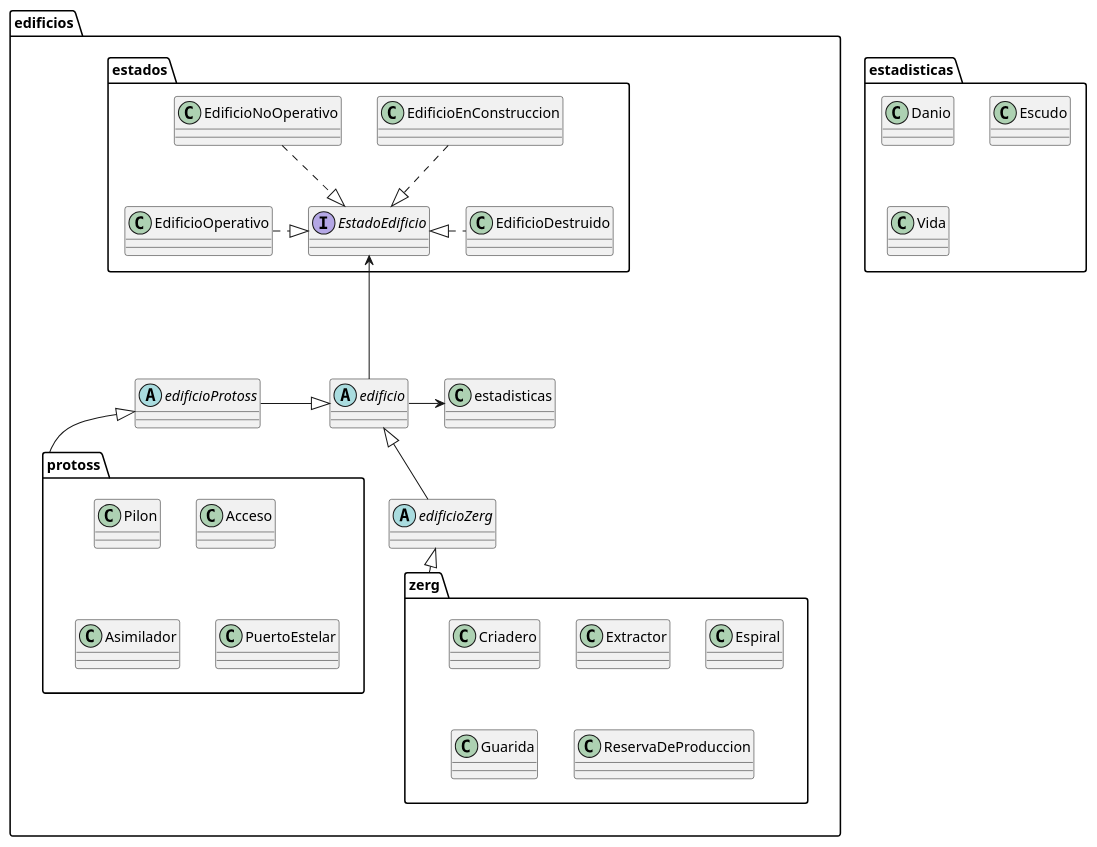
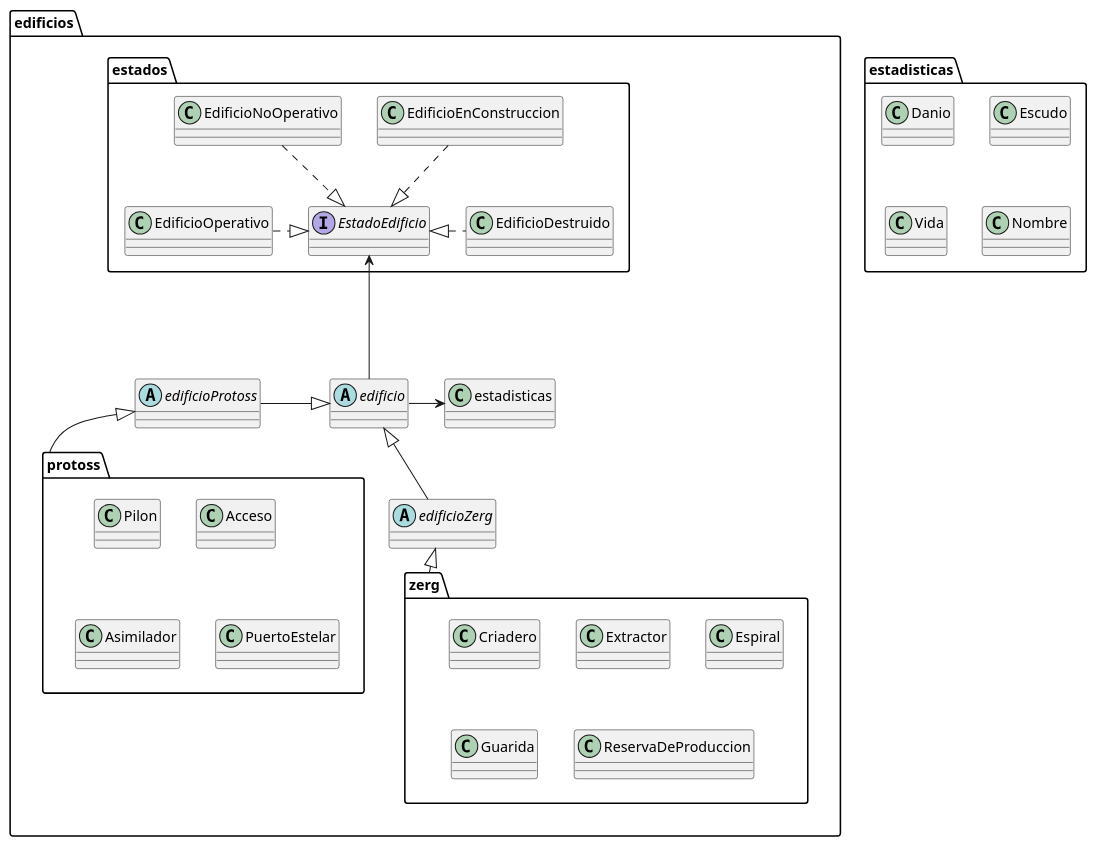
Before and after one commit to LucasMBarrientos/algo3_tp2: the diagram in diagrams/Modelo/packages/diagramaPaquetesEdificios.puml, drawn with PlantUML. The commit also changed 4 other files, not shown here.

```diff
--- a/diagrams/Modelo/packages/diagramaPaquetesEdificios.puml
+++ b/diagrams/Modelo/packages/diagramaPaquetesEdificios.puml
@@ -1,47 +1,48 @@
 @startuml
 package edificios {
 package estados {
 interface EstadoEdificio
 class EdificioDestruido
 class EdificioEnConstruccion
 class EdificioNoOperativo
 class EdificioOperativo
 
 EstadoEdificio <|.left EdificioOperativo
 EstadoEdificio <|.up. EdificioNoOperativo
 EstadoEdificio <|. EdificioDestruido
 EstadoEdificio <|.up. EdificioEnConstruccion
 }
 package zerg {
 class Criadero
 class Extractor
 class Espiral
 class Guarida
 class ReservaDeProduccion
 
 }
 package protoss{
 class Pilon
 class Acceso
 class Asimilador
 class PuertoEstelar
 }
 
 
 abstract edificio
 abstract edificioZerg
 abstract edificioProtoss
 EstadoEdificio <-down-- edificio
 edificio -right> estadisticas
 edificio <|-left- edificioProtoss
 edificio <|-down- edificioZerg
 edificioProtoss <|-- protoss
 edificioZerg <|-- zerg
 }
 package estadisticas {
 class Danio
 class Escudo
 class Vida
+class Nombre
 
 }
 @enduml
```
